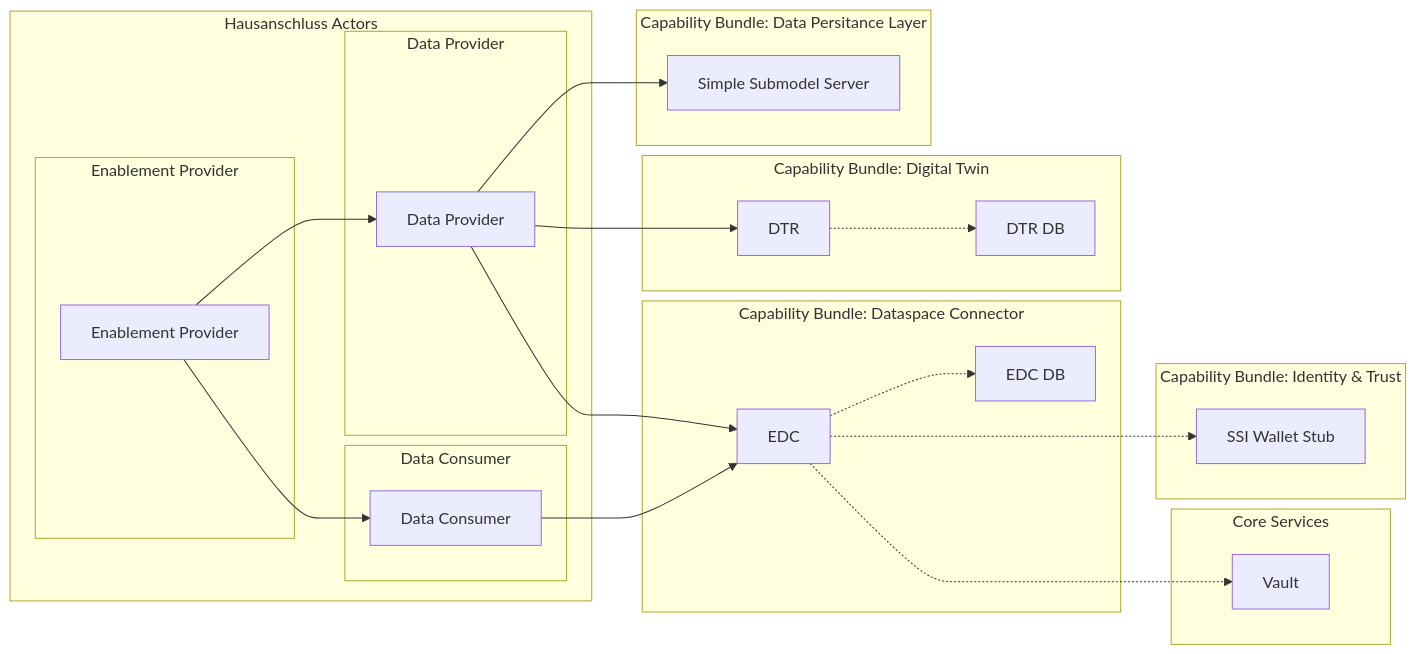
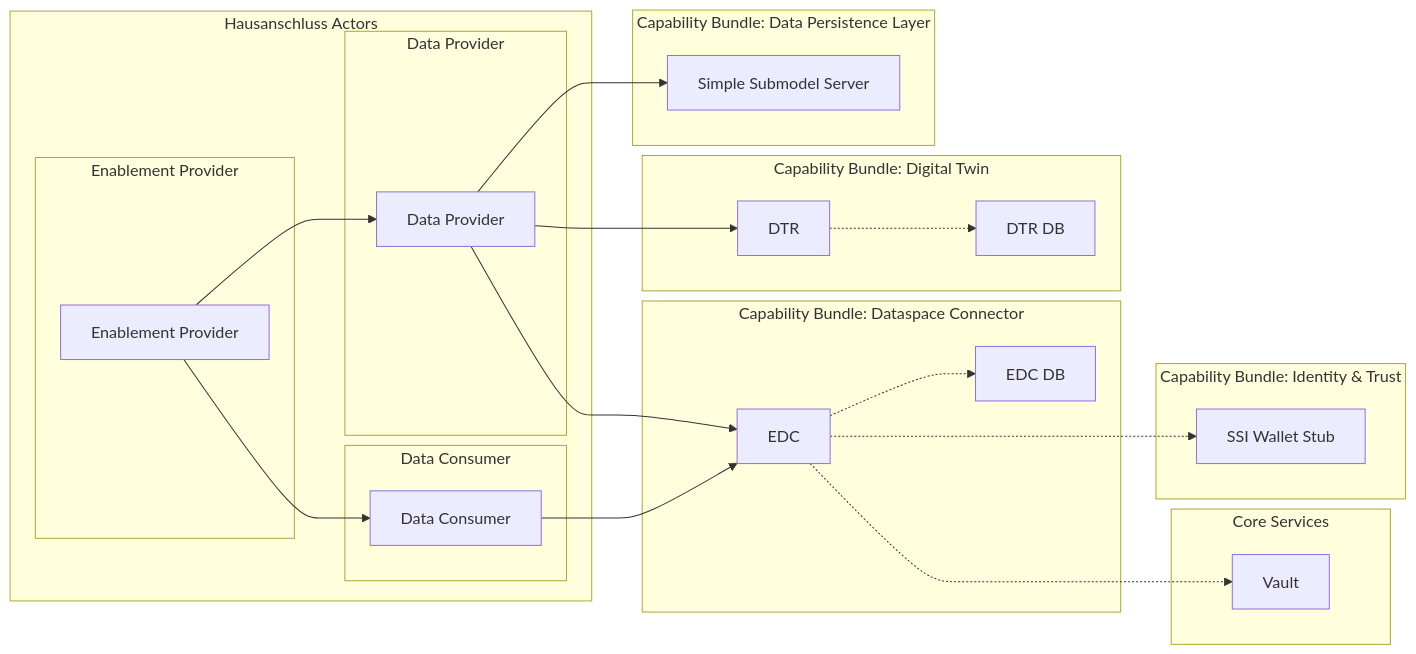
The third of 8 diagrams in docs/concept/TAP7.1-solution-design.md (eclipse-tractusx/tractus-x-umbrella), drawn with Mermaid before and after one commit. The commit also changed other lines of this file, not shown here.

`````diff
--- a/docs/concept/TAP7.1-solution-design.md
+++ b/docs/concept/TAP7.1-solution-design.md
@@ -304,48 +304,48 @@
 ````mermaid
 %%{init: {"flowchart": {"subGraphTitleMargin": { "bottom": 10}}}}%%
 flowchart LR
     subgraph A["Core Services"]
         Vault["Vault"]
     end
 
     subgraph B["Capability Bundle: Identity & Trust"]
         SSIWalletStub["SSI Wallet Stub"]
     end
 
     subgraph C["Capability Bundle: Dataspace Connector"]
         EDC["EDC"]
         EDCDB["EDC DB"]
         EDC .-> EDCDB
     end
 
     subgraph "Capability Bundle: Digital Twin"
         DTR["DTR"]
         DTRDB["DTR DB"]
         DTR .-> DTRDB
     end
 
-    subgraph "Capability Bundle: Data Persitance Layer"
+    subgraph "Capability Bundle: Data Persistence Layer"
         SimpleSubmodelServer["Simple Submodel Server"]
     end
 
     subgraph "Hausanschluss Actors"
         subgraph "Data Provider"
             DataProvider["Data Provider"]
         end
         subgraph "Data Consumer"
             DataConsumer["Data Consumer"]
         end
         subgraph "Enablement Provider"
             EnablementProvider["Enablement Provider"]
         end
     end
 
     EDC -..-> SSIWalletStub
     EDC -..-> Vault
     DataProvider --> EDC
     DataProvider --> DTR
     DataProvider --> SimpleSubmodelServer
     DataConsumer --> EDC
     EnablementProvider --> DataConsumer
     EnablementProvider --> DataProvider
 ````
`````
